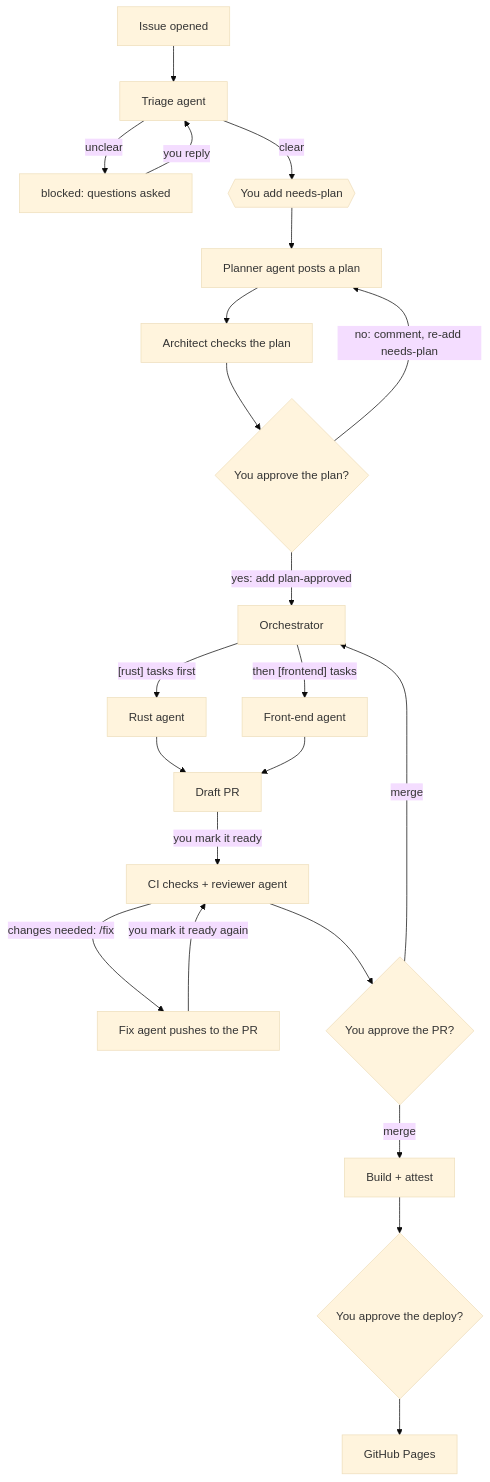
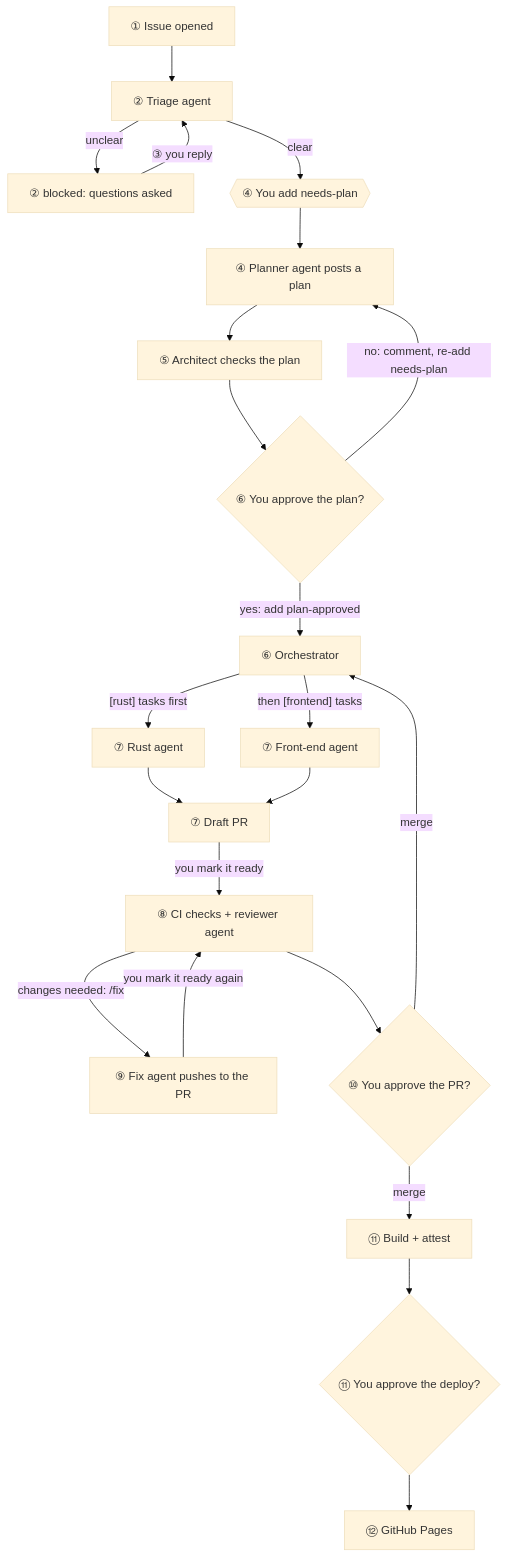
The first of 3 diagrams in README.md (andyhutch77/velocity-generator-rs), drawn with Mermaid (base theme) before and after one commit. The commit also changed other lines of this file and 19 other files, not shown here.

````diff
--- a/README.md
+++ b/README.md
@@ -47,24 +49,24 @@
 ```mermaid
 flowchart TB
-    A[Issue opened] --> T[Triage agent]
-    T -- unclear --> BL[blocked: questions asked]
-    BL -- you reply --> T
-    T -- clear --> NP{{You add needs-plan}}
-    NP --> P[Planner agent posts a plan]
-    P --> AR[Architect checks the plan]
-    AR --> G1{You approve the plan?}
+    A["① Issue opened"] --> T["② Triage agent"]
+    T -- unclear --> BL["② blocked: questions asked"]
+    BL -- "③ you reply" --> T
+    T -- clear --> NP{{"④ You add needs-plan"}}
+    NP --> P["④ Planner agent posts a plan"]
+    P --> AR["⑤ Architect checks the plan"]
+    AR --> G1{"⑥ You approve the plan?"}
     G1 -- "no: comment, re-add needs-plan" --> P
-    G1 -- "yes: add plan-approved" --> O[Orchestrator]
-    O -- "[rust] tasks first" --> R[Rust agent]
-    O -- "then [frontend] tasks" --> FE[Front-end agent]
-    R --> PR[Draft PR]
+    G1 -- "yes: add plan-approved" --> O["⑥ Orchestrator"]
+    O -- "[rust] tasks first" --> R["⑦ Rust agent"]
+    O -- "then [frontend] tasks" --> FE["⑦ Front-end agent"]
+    R --> PR["⑦ Draft PR"]
     FE --> PR
-    PR -- you mark it ready --> CI[CI checks + reviewer agent]
-    CI -- "changes needed: /fix" --> FX[Fix agent pushes to the PR]
+    PR -- you mark it ready --> CI["⑧ CI checks + reviewer agent"]
+    CI -- "changes needed: /fix" --> FX["⑨ Fix agent pushes to the PR"]
     FX -- you mark it ready again --> CI
-    CI --> G2{You approve the PR?}
+    CI --> G2{"⑩ You approve the PR?"}
     G2 -- merge --> O
-    G2 -- merge --> D[Build + attest]
-    D --> G3{You approve the deploy?}
-    G3 --> PAGES[GitHub Pages]
+    G2 -- merge --> D["⑪ Build + attest"]
+    D --> G3{"⑪ You approve the deploy?"}
+    G3 --> PAGES["⑫ GitHub Pages"]
 ```
````
